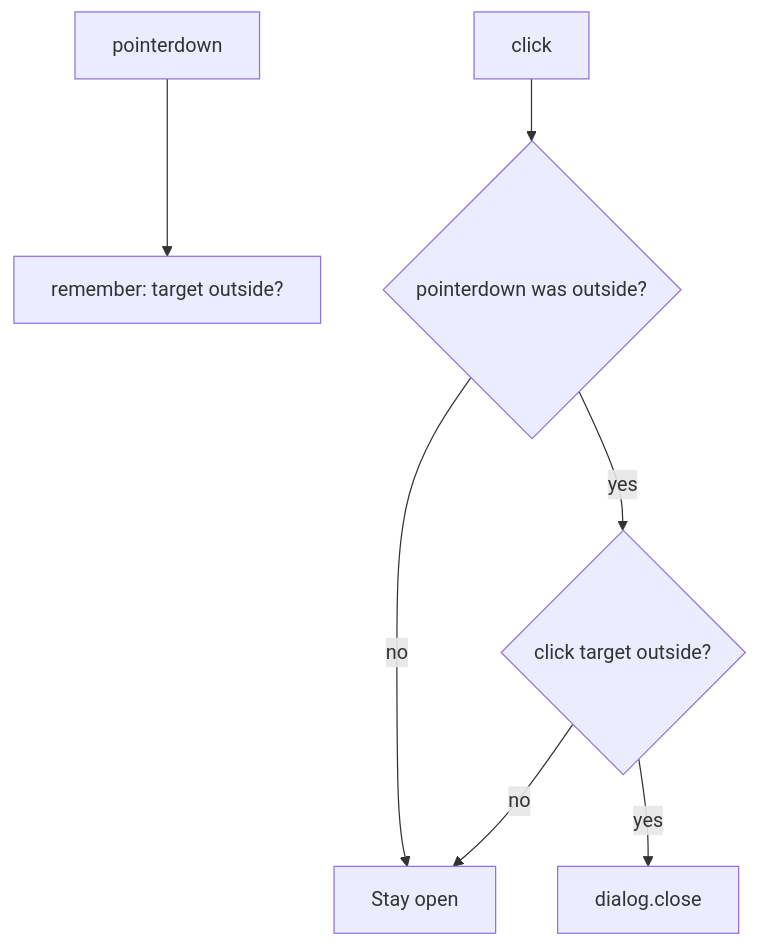
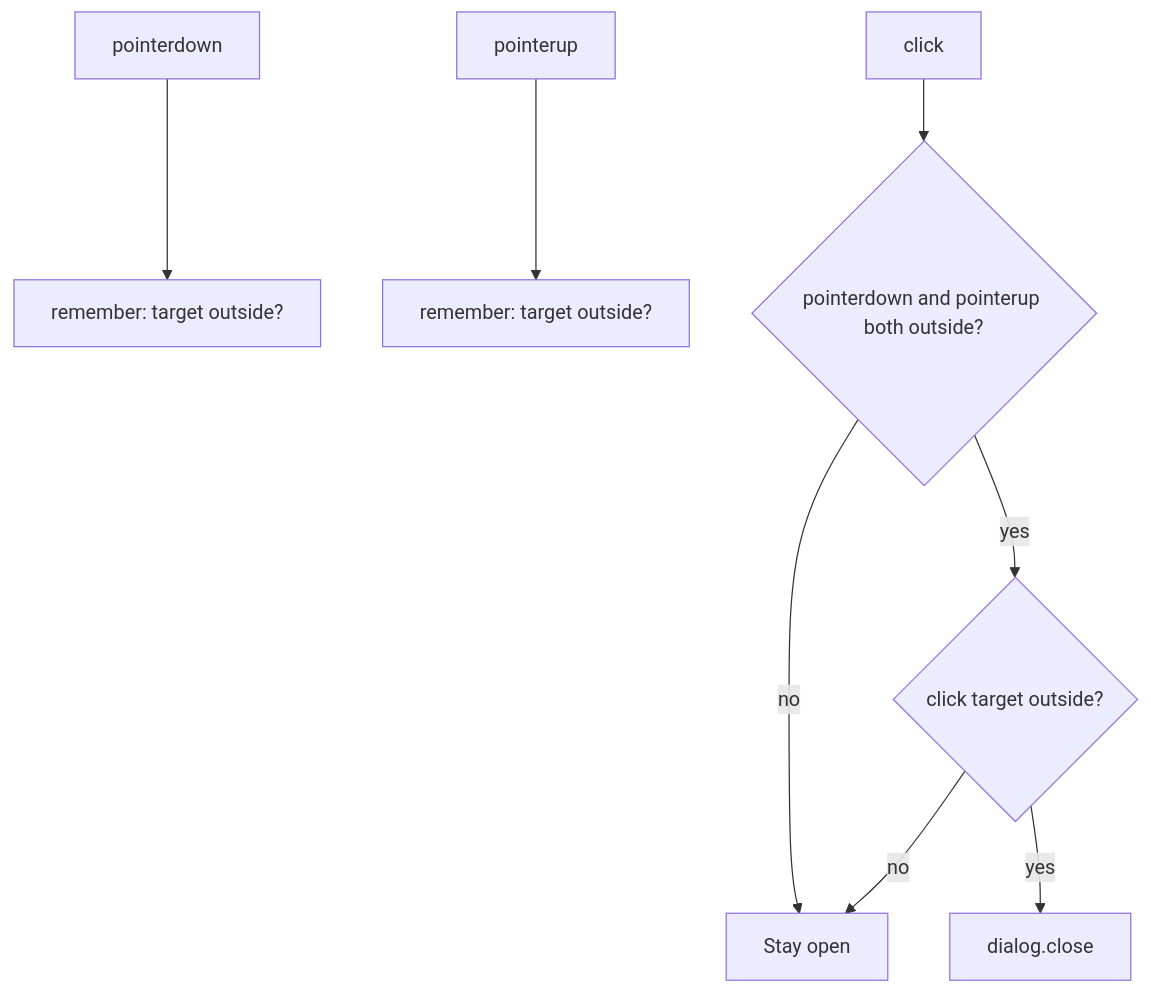
Before and after one commit to scylladb/argus: the third of 3 diagrams in tasks/ARGUS-273/ARGUS-274/spec.md, drawn with Mermaid. The commit also changed other lines of this file and 1 other file, not shown here.

````diff
--- a/tasks/ARGUS-273/ARGUS-274/spec.md
+++ b/tasks/ARGUS-273/ARGUS-274/spec.md
@@ -118,9 +115,10 @@
 ```mermaid
 flowchart TD
     P[pointerdown] --> R[remember: target outside?]
-    C[click] --> Q1{pointerdown was outside?}
+    U[pointerup] --> R2[remember: target outside?]
+    C[click] --> Q1{pointerdown and pointerup both outside?}
     Q1 -- no --> N[Stay open]
     Q1 -- yes --> Q2{click target outside?}
     Q2 -- no --> N
     Q2 -- yes --> X[dialog.close]
 ```
````
